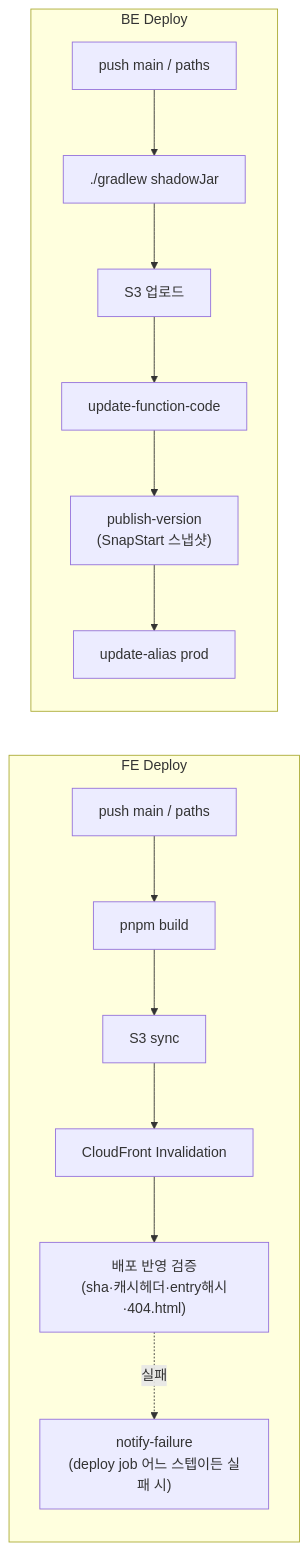
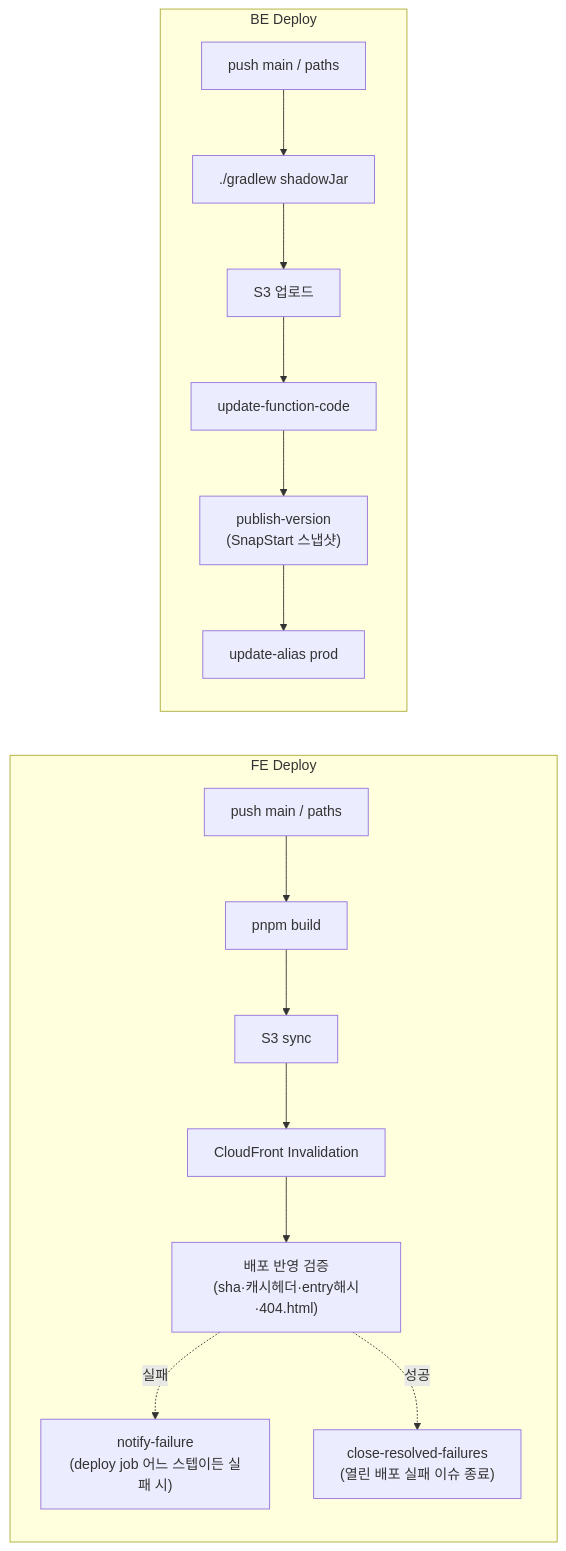
Before and after one commit to BAECHAN/link-sphere_FE_NEW: the second of 4 diagrams in docs/SYSTEM-ARCHITECTURE.md, drawn with Mermaid. The commit also changed other lines of this file and 4 other files, not shown here.

````diff
--- a/docs/SYSTEM-ARCHITECTURE.md
+++ b/docs/SYSTEM-ARCHITECTURE.md
@@ -119,22 +119,24 @@
 ```mermaid
 flowchart LR
   subgraph fe_deploy [FE Deploy]
     FE_Trigger["push main / paths"]
     FE_Build["pnpm build"]
     FE_S3["S3 sync"]
     FE_CF["CloudFront Invalidation"]
     FE_Verify["배포 반영 검증<br/>(sha·캐시헤더·entry해시·404.html)"]
     FE_Notify["notify-failure<br/>(deploy job 어느 스텝이든 실패 시)"]
+    FE_Close["close-resolved-failures<br/>(열린 배포 실패 이슈 종료)"]
     FE_Trigger --> FE_Build --> FE_S3 --> FE_CF --> FE_Verify
     FE_Verify -.실패.-> FE_Notify
+    FE_Verify -.성공.-> FE_Close
   end
   subgraph be_deploy [BE Deploy]
     BE_Trigger["push main / paths"]
     BE_Jar["./gradlew shadowJar"]
     BE_S3["S3 업로드"]
     BE_Code["update-function-code"]
     BE_Ver["publish-version<br/>(SnapStart 스냅샷)"]
     BE_Alias["update-alias prod"]
     BE_Trigger --> BE_Jar --> BE_S3 --> BE_Code --> BE_Ver --> BE_Alias
   end
 ```
````
